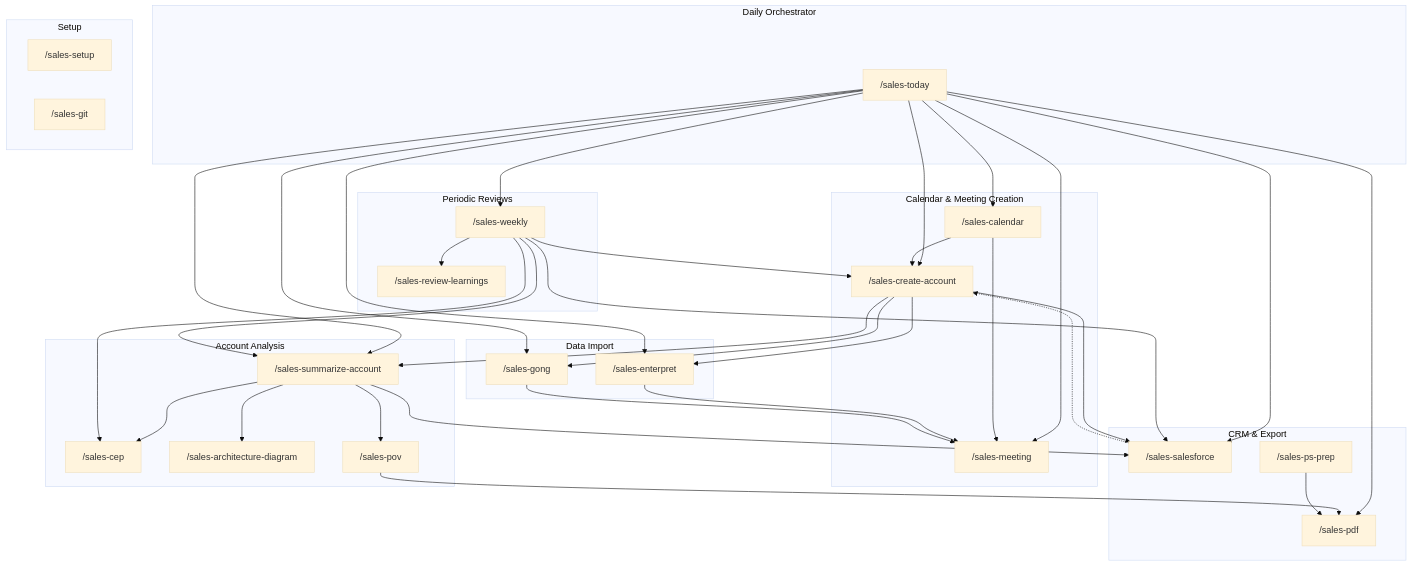
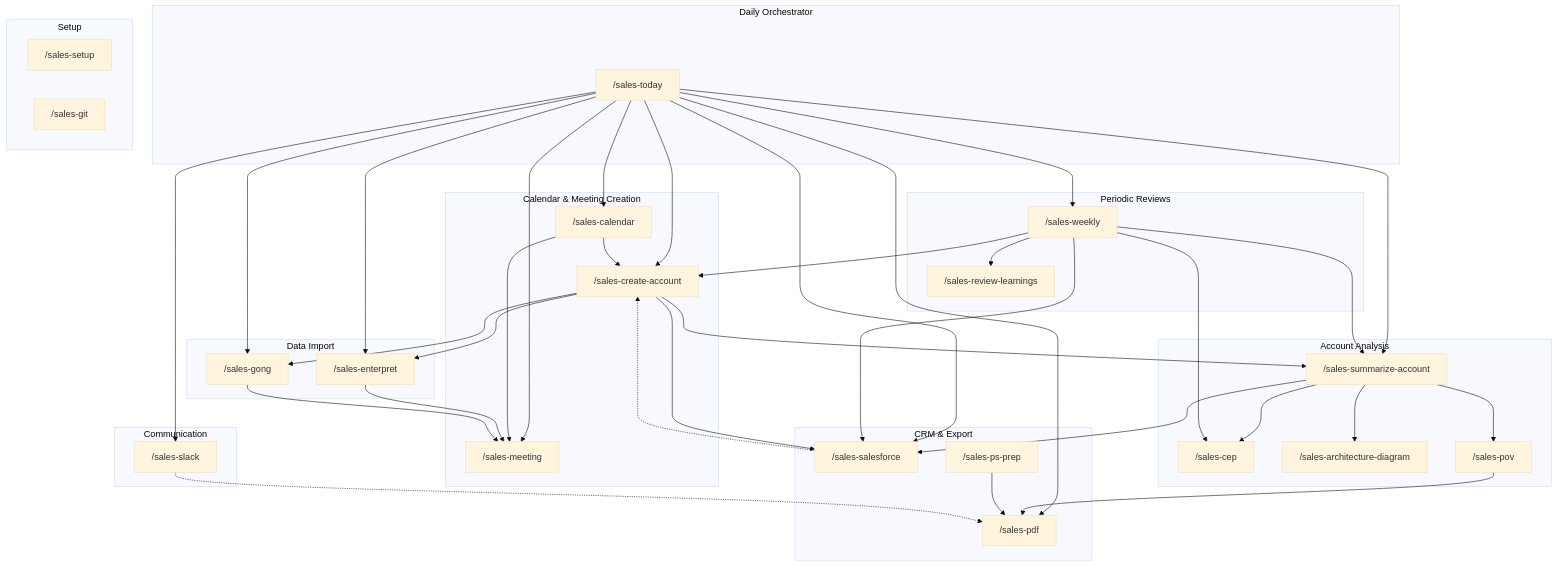
Before and after one commit to yeutterg/claude-code-sales-skills: the first of 3 diagrams in README.md, drawn with Mermaid (base theme). The commit also changed other lines of this file and 5 other files, not shown here.

First line of the commit message:
sync: Slack-format recaps: drop details toggles, fix Business updates/Feature requests/Next structure, add /sales-slack skill, lock PoV Plan terminology

````diff
--- a/README.md
+++ b/README.md
@@ -171,71 +179,77 @@
 ```mermaid
 graph TD
     subgraph "Daily Orchestrator"
         today["/sales-today"]
     end
 
     subgraph "Calendar & Meeting Creation"
         calendar["/sales-calendar"]
         meeting["/sales-meeting"]
         create["/sales-create-account"]
     end
 
     subgraph "Data Import"
         enterpret["/sales-enterpret"]
         gong["/sales-gong"]
     end
 
     subgraph "Account Analysis"
         summarize["/sales-summarize-account"]
         cep["/sales-cep"]
         archdiag["/sales-architecture-diagram"]
         pov["/sales-pov"]
     end
 
     subgraph "CRM & Export"
         salesforce["/sales-salesforce"]
         pdf["/sales-pdf"]
         psprep["/sales-ps-prep"]
     end
 
+    subgraph "Communication"
+        slack["/sales-slack"]
+    end
+
     subgraph "Periodic Reviews"
         weekly["/sales-weekly"]
         review["/sales-review-learnings"]
     end
 
     subgraph "Setup"
         setup["/sales-setup"]
         git["/sales-git"]
     end
 
     today --> calendar
     today --> meeting
     today --> enterpret
     today --> gong
     today --> summarize
     today --> salesforce
     today --> create
     today --> weekly
     today --> pdf
+    today --> slack
 
     calendar --> meeting
     calendar --> create
     create --> salesforce
     create --> enterpret
     create --> gong
     create --> summarize
     enterpret --> meeting
     gong --> meeting
     summarize --> cep
     summarize --> archdiag
     summarize --> salesforce
     salesforce -.-> create
     weekly --> summarize
     weekly --> salesforce
     weekly --> cep
     weekly --> create
     weekly --> review
     summarize --> pov
     pov --> pdf
     psprep --> pdf
+    slack -.-> pdf
 ```
````
